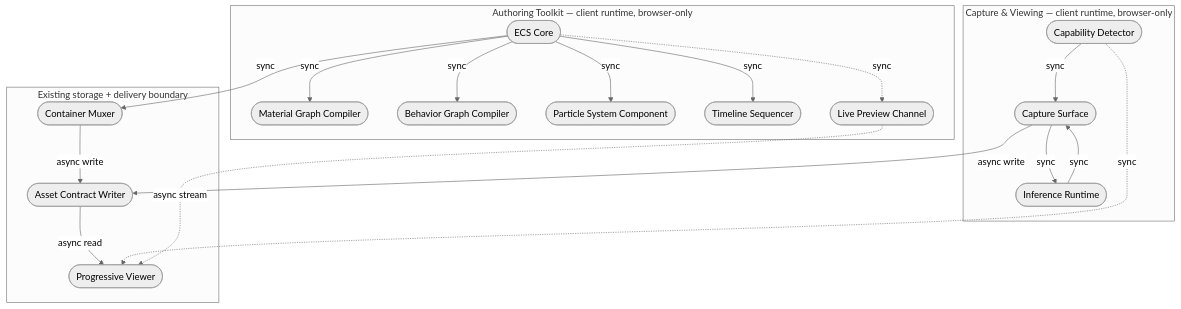
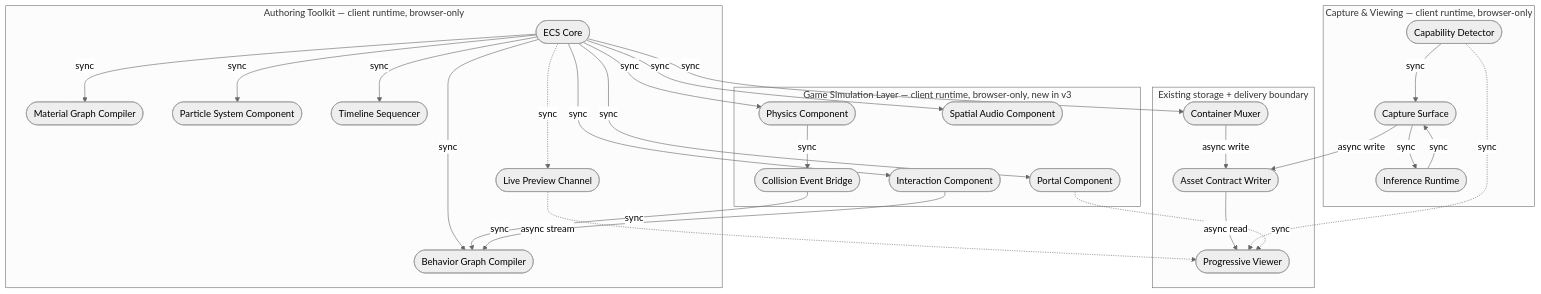
The diagram in docs/documents/knowgrph-ar-vr-xr-prd-tad-adr.md (huijoohwee/agentic-graph), drawn with Mermaid (neutral theme) before and after one commit. The commit also changed other lines of this file and 3 other files, not shown here.

````diff
--- a/docs/documents/knowgrph-ar-vr-xr-prd-tad-adr.md
+++ b/docs/documents/knowgrph-ar-vr-xr-prd-tad-adr.md
@@ -338,35 +471,50 @@
 ```mermaid
 flowchart TB
   subgraph Capture["Capture & Viewing — client runtime, browser-only"]
     CD([Capability Detector])
     CS([Capture Surface])
     IR([Inference Runtime])
     CD -- sync --> CS
     CS -- sync --> IR
     IR -- sync --> CS
   end
   subgraph Authoring["Authoring Toolkit — client runtime, browser-only"]
     ECS([ECS Core])
     MGC([Material Graph Compiler])
     BGC([Behavior Graph Compiler])
     PSC([Particle System Component])
     TS([Timeline Sequencer])
     LPC([Live Preview Channel])
     ECS -- sync --> MGC
     ECS -- sync --> BGC
     ECS -- sync --> PSC
     ECS -- sync --> TS
     ECS -. sync .-> LPC
   end
+  subgraph Simulation["Game Simulation Layer — client runtime, browser-only, new in v3"]
+    PHY([Physics Component])
+    CEB([Collision Event Bridge])
+    SAC([Spatial Audio Component])
+    POR([Portal Component])
+    INT([Interaction Component])
+    ECS -- sync --> PHY
+    ECS -- sync --> SAC
+    ECS -- sync --> POR
+    ECS -- sync --> INT
+    PHY -- sync --> CEB
+    CEB -- sync --> BGC
+    INT -- sync --> BGC
+  end
   subgraph Delivery["Existing storage + delivery boundary"]
     CM([Container Muxer])
     ACW([Asset Contract Writer])
     PV([Progressive Viewer])
   end
   CS -- async write --> ACW
   ECS -- sync --> CM
   CM -- async write --> ACW
   ACW -- async read --> PV
   CD -. sync .-> PV
   LPC -. async stream .-> PV
+  POR -. sync .-> PV
 ```
````
